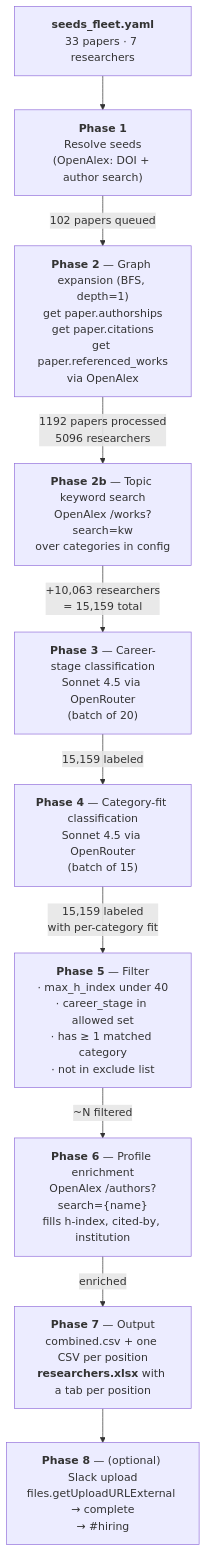
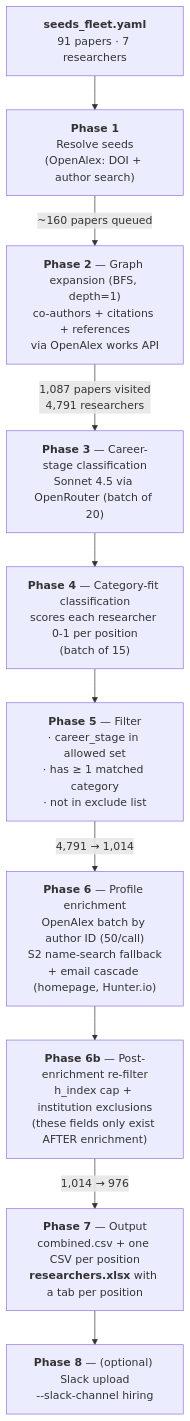
Before and after one commit to fleet-ai/researcher-scrape: the first of 2 diagrams in PIPELINE.md, drawn with Mermaid. The commit also changed other lines of this file and 9 other files, not shown here.

````diff
--- a/PIPELINE.md
+++ b/PIPELINE.md
@@ -7,27 +9,27 @@
 ```mermaid
 flowchart TD
-    A["<b>seeds_fleet.yaml</b><br/>33 papers · 7 researchers"] --> B
+    A["<b>seeds_fleet.yaml</b><br/>91 papers · 7 researchers"] --> B
     B["<b>Phase 1</b><br/>Resolve seeds<br/>(OpenAlex: DOI + author search)"]
-    B -->|"102 papers queued"| C
+    B -->|"~160 papers queued"| C
 
-    C["<b>Phase 2</b> — Graph expansion (BFS, depth=1)<br/>get paper.authorships<br/>get paper.citations<br/>get paper.referenced_works<br/>via OpenAlex"]
-    C -->|"1192 papers processed<br/>5096 researchers"| D
+    C["<b>Phase 2</b> — Graph expansion (BFS, depth=1)<br/>co-authors + citations + references<br/>via OpenAlex works API"]
+    C -->|"1,087 papers visited<br/>4,791 researchers"| E
 
-    D["<b>Phase 2b</b> — Topic keyword search<br/>OpenAlex /works?search=kw<br/>over categories in config"]
-    D -->|"+10,063 researchers<br/>= 15,159 total"| E
+    E["<b>Phase 3</b> — Career-stage classification<br/>Sonnet 4.5 via OpenRouter (batch of 20)"]
+    E --> F
 
-    E["<b>Phase 3</b> — Career-stage classification<br/>Sonnet 4.5 via OpenRouter<br/>(batch of 20)"]
-    E -->|"15,159 labeled"| F
+    F["<b>Phase 4</b> — Category-fit classification<br/>scores each researcher 0-1 per position<br/>(batch of 15)"]
+    F --> G
 
-    F["<b>Phase 4</b> — Category-fit classification<br/>Sonnet 4.5 via OpenRouter<br/>(batch of 15)"]
-    F -->|"15,159 labeled<br/>with per-category fit"| G
+    G["<b>Phase 5</b> — Filter<br/>· career_stage in allowed set<br/>· has ≥ 1 matched category<br/>· not in exclude list"]
+    G -->|"4,791 → 1,014"| H
 
-    G["<b>Phase 5</b> — Filter<br/>· max_h_index under 40<br/>· career_stage in allowed set<br/>· has ≥ 1 matched category<br/>· not in exclude list"]
-    G -->|"~N filtered"| H
+    H["<b>Phase 6</b> — Profile enrichment<br/>OpenAlex batch by author ID (50/call)<br/>S2 name-search fallback<br/>+ email cascade (homepage, Hunter.io)"]
+    H --> H2
 
-    H["<b>Phase 6</b> — Profile enrichment<br/>OpenAlex /authors?search={name}<br/>fills h-index, cited-by, institution"]
-    H -->|"enriched"| I
+    H2["<b>Phase 6b</b> — Post-enrichment re-filter<br/>h_index cap + institution exclusions<br/>(these fields only exist AFTER enrichment)"]
+    H2 -->|"1,014 → 976"| I
 
     I["<b>Phase 7</b> — Output<br/>combined.csv + one CSV per position<br/><b>researchers.xlsx</b> with a tab per position"]
-    I --> J["<b>Phase 8</b> — (optional) Slack upload<br/>files.getUploadURLExternal → complete<br/>→ #hiring"]
+    I --> J["<b>Phase 8</b> — (optional) Slack upload<br/>--slack-channel hiring"]
 ```
````
